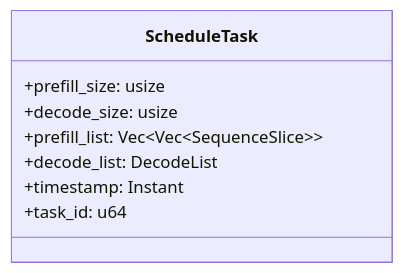
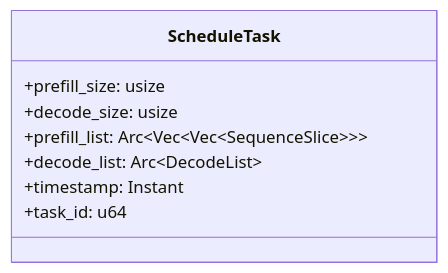
The sixth of 6 diagrams in docs/design/runtime/schedule.md (lucienhuangfu/eLLM), drawn with Mermaid before and after one commit. The commit also changed other lines of this file and 2 other files, not shown here.

````diff
--- a/docs/design/runtime/schedule.md
+++ b/docs/design/runtime/schedule.md
@@ -481,11 +577,11 @@
 ```mermaid
 classDiagram
     class ScheduleTask {
         +prefill_size: usize
         +decode_size: usize
-        +prefill_list: Vec~Vec~SequenceSlice~~
-        +decode_list: DecodeList
+        +prefill_list: Arc~Vec~Vec~SequenceSlice~~~
+        +decode_list: Arc~DecodeList~
         +timestamp: Instant
         +task_id: u64
     }
 ```
````
